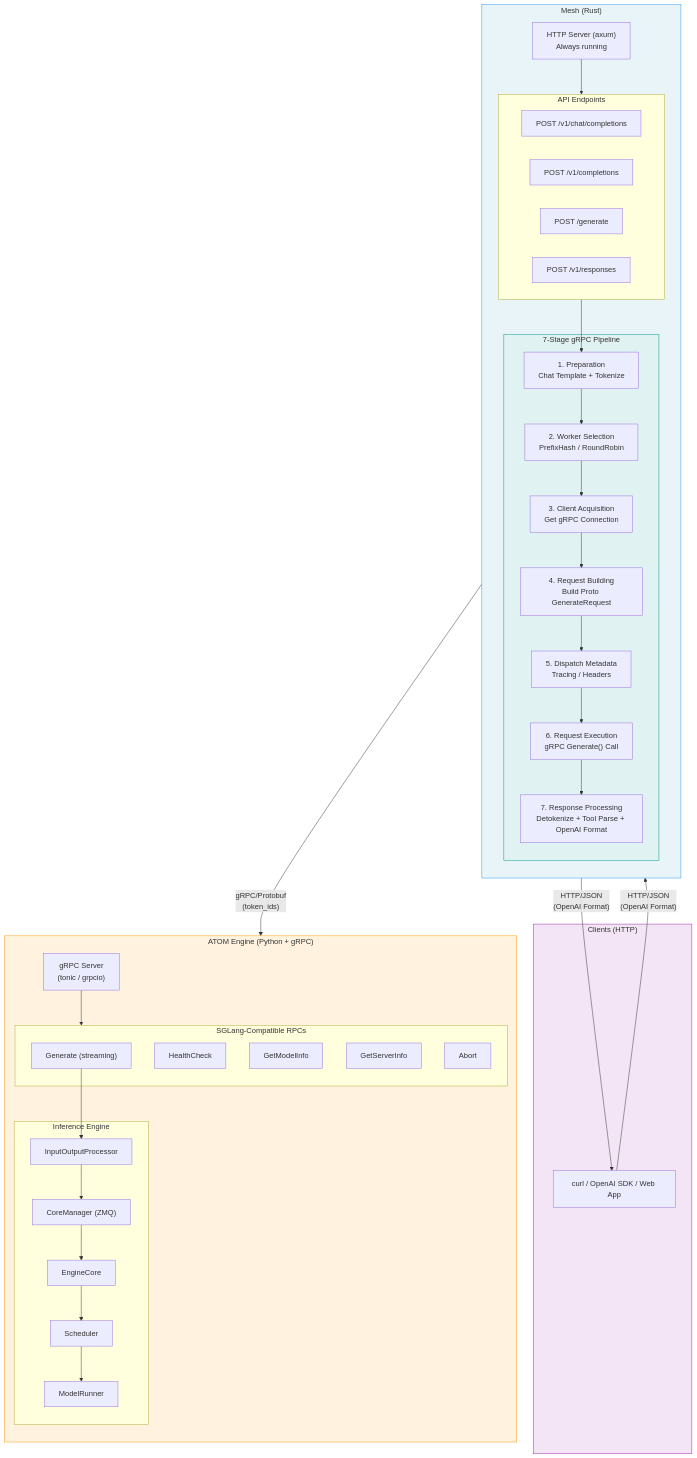
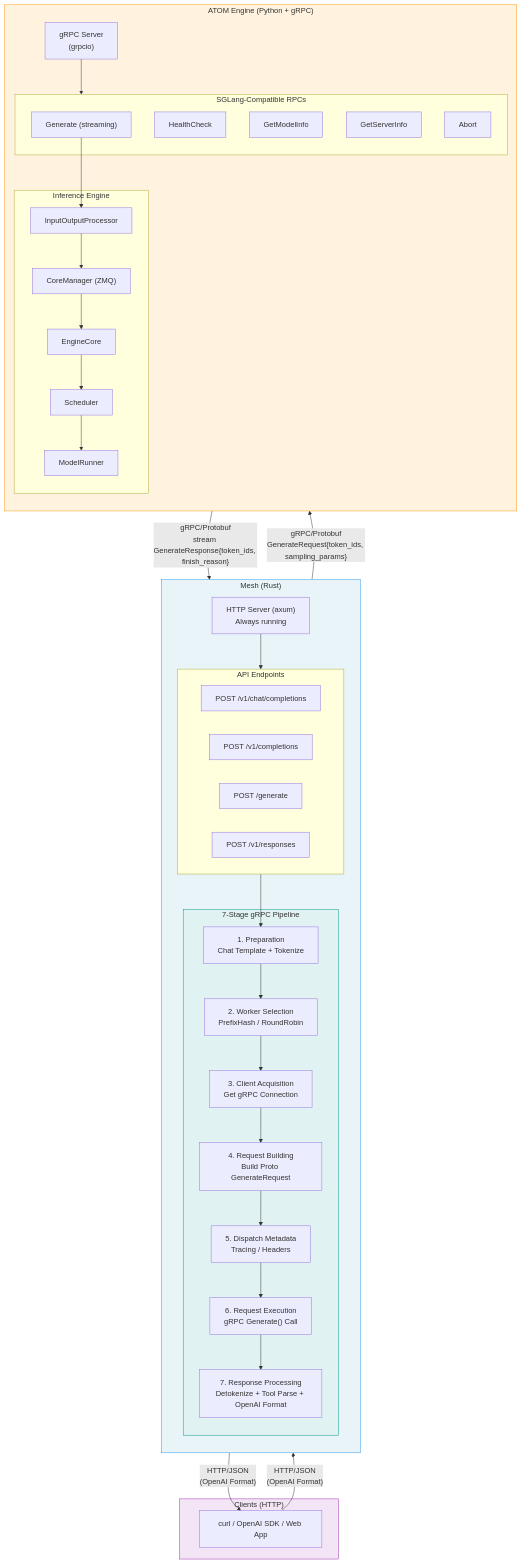
The first of 7 diagrams in mesh/docs/atom_grpc_integration.md (Jasen2201/ATOM), drawn with Mermaid before and after one commit. The commit also changed other lines of this file, not shown here.

First line of the commit message:
docs: translate and streamline ATOM gRPC integration document

````diff
--- a/mesh/docs/atom_grpc_integration.md
+++ b/mesh/docs/atom_grpc_integration.md
@@ -66,65 +63,66 @@
 ```mermaid
 graph TB
     subgraph Clients["Clients (HTTP)"]
         C1["curl / OpenAI SDK / Web App"]
     end
 
     subgraph Mesh["Mesh (Rust)"]
         direction TB
         HTTP_SERVER["HTTP Server (axum)<br/>Always running"]
         
         subgraph Endpoints["API Endpoints"]
             E1["POST /v1/chat/completions"]
             E2["POST /v1/completions"]
             E3["POST /generate"]
             E4["POST /v1/responses"]
         end
         
         subgraph Pipeline["7-Stage gRPC Pipeline"]
             S1["1. Preparation<br/>Chat Template + Tokenize"]
             S2["2. Worker Selection<br/>PrefixHash / RoundRobin"]
             S3["3. Client Acquisition<br/>Get gRPC Connection"]
             S4["4. Request Building<br/>Build Proto GenerateRequest"]
             S5["5. Dispatch Metadata<br/>Tracing / Headers"]
             S6["6. Request Execution<br/>gRPC Generate() Call"]
             S7["7. Response Processing<br/>Detokenize + Tool Parse + OpenAI Format"]
         end
 
         HTTP_SERVER --> Endpoints
         Endpoints --> S1
         S1 --> S2 --> S3 --> S4 --> S5 --> S6 --> S7
     end
 
     subgraph ATOM["ATOM Engine (Python + gRPC)"]
         direction TB
-        GRPC_SERVER["gRPC Server<br/>(tonic / grpcio)"]
+        GRPC_SERVER["gRPC Server<br/>(grpcio)"]
         
         subgraph RPCs["SGLang-Compatible RPCs"]
             R1["Generate (streaming)"]
             R2["HealthCheck"]
             R3["GetModelInfo"]
             R4["GetServerInfo"]
             R5["Abort"]
         end
         
         subgraph Engine["Inference Engine"]
             IO["InputOutputProcessor"]
             CM["CoreManager (ZMQ)"]
             EC["EngineCore"]
             SCH["Scheduler"]
             MR["ModelRunner"]
         end
 
         GRPC_SERVER --> RPCs
         R1 --> IO --> CM --> EC --> SCH --> MR
     end
 
     C1 -- "HTTP/JSON<br/>(OpenAI Format)" --> HTTP_SERVER
-    S6 -- "gRPC/Protobuf<br/>(token_ids)" --> GRPC_SERVER
+    S6 -- "gRPC/Protobuf<br/>GenerateRequest{token_ids, sampling_params}" --> GRPC_SERVER
+    GRPC_SERVER -- "gRPC/Protobuf<br/>stream GenerateResponse{token_ids, finish_reason}" --> S7
     S7 -- "HTTP/JSON<br/>(OpenAI Format)" --> C1
 
     style Mesh fill:#e8f4f8,stroke:#2196F3
     style ATOM fill:#fff3e0,stroke:#FF9800
     style Clients fill:#f3e5f5,stroke:#9C27B0
     style Pipeline fill:#e0f2f1,stroke:#009688
 ```
````
